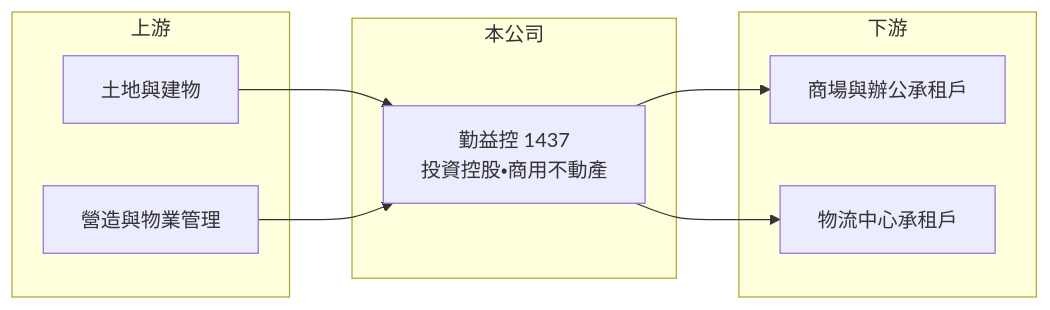
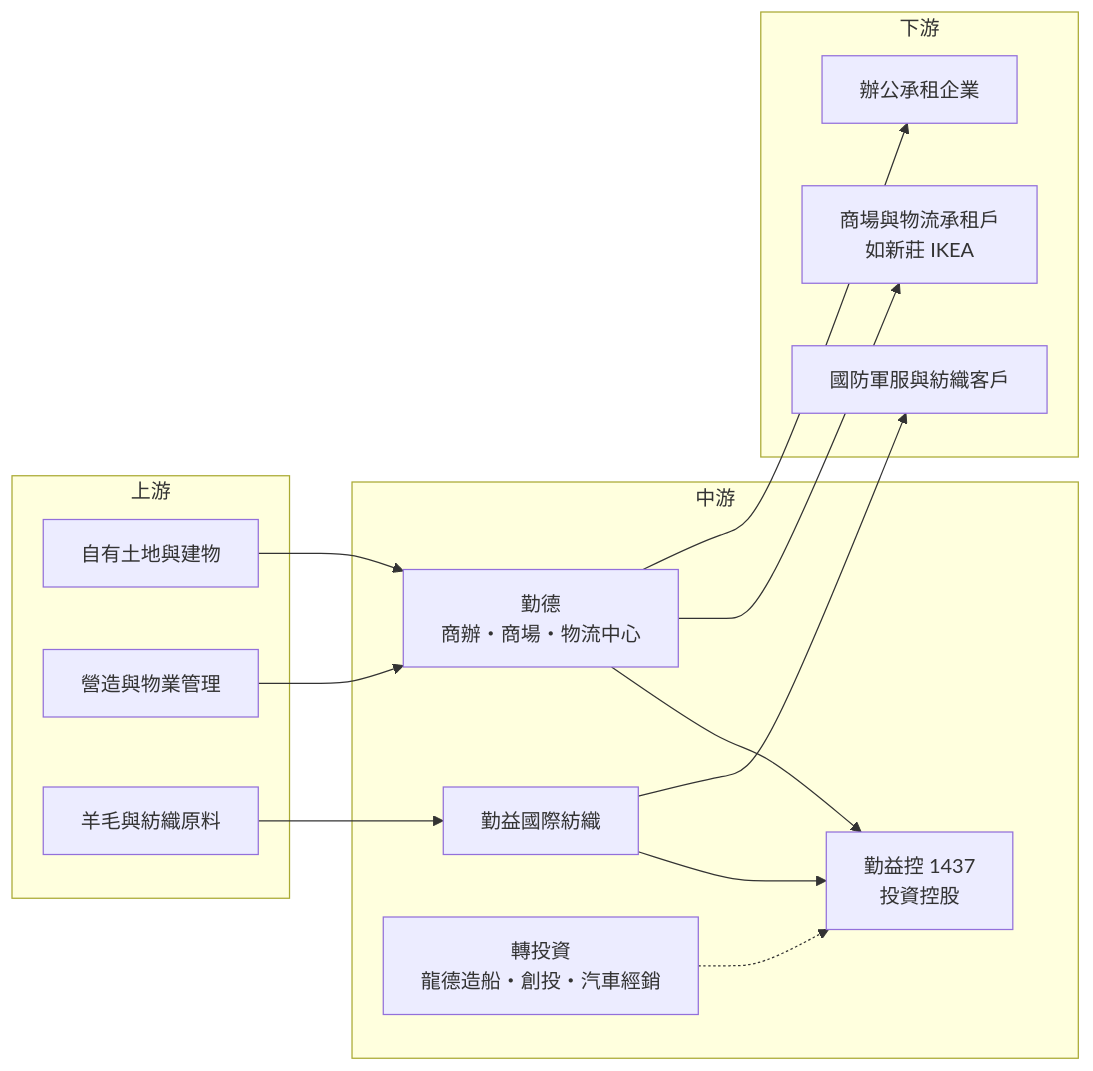
The fourth of 4 diagrams in 個股/台股/1437勤益控.md (wangnick1004/taiwan-stock-vault), drawn with Mermaid before and after one commit. The commit also changed other lines of this file and 6 other files, not shown here.

````diff
--- a/個股/台股/1437勤益控.md
+++ b/個股/台股/1437勤益控.md
@@ -85,18 +219,28 @@
 ```mermaid
 flowchart LR
     subgraph 上游
-        A1["土地與建物"]
+        A1["自有土地與建物"]
         A2["營造與物業管理"]
+        A3["羊毛與紡織原料"]
     end
-    subgraph 本公司
-        B["勤益控 1437<br/>投資控股・商用不動產"]
+    subgraph 中游
+        B["勤益控 1437<br/>投資控股"]
+        B1["勤德<br/>商辦・商場・物流中心"]
+        B2["勤益國際紡織"]
+        B3["轉投資<br/>龍德造船・創投・汽車經銷"]
     end
     subgraph 下游
-        C1["商場與辦公承租戶"]
-        C2["物流中心承租戶"]
+        C1["商場與物流承租戶<br/>如新莊 IKEA"]
+        C2["辦公承租企業"]
+        C3["國防軍服與紡織客戶"]
     end
-    A1 --> B
-    A2 --> B
-    B --> C1
-    B --> C2
+    A1 --> B1
+    A2 --> B1
+    A3 --> B2
+    B1 --> B
+    B2 --> B
+    B3 -.-> B
+    B1 --> C1
+    B1 --> C2
+    B2 --> C3
 ```
````
